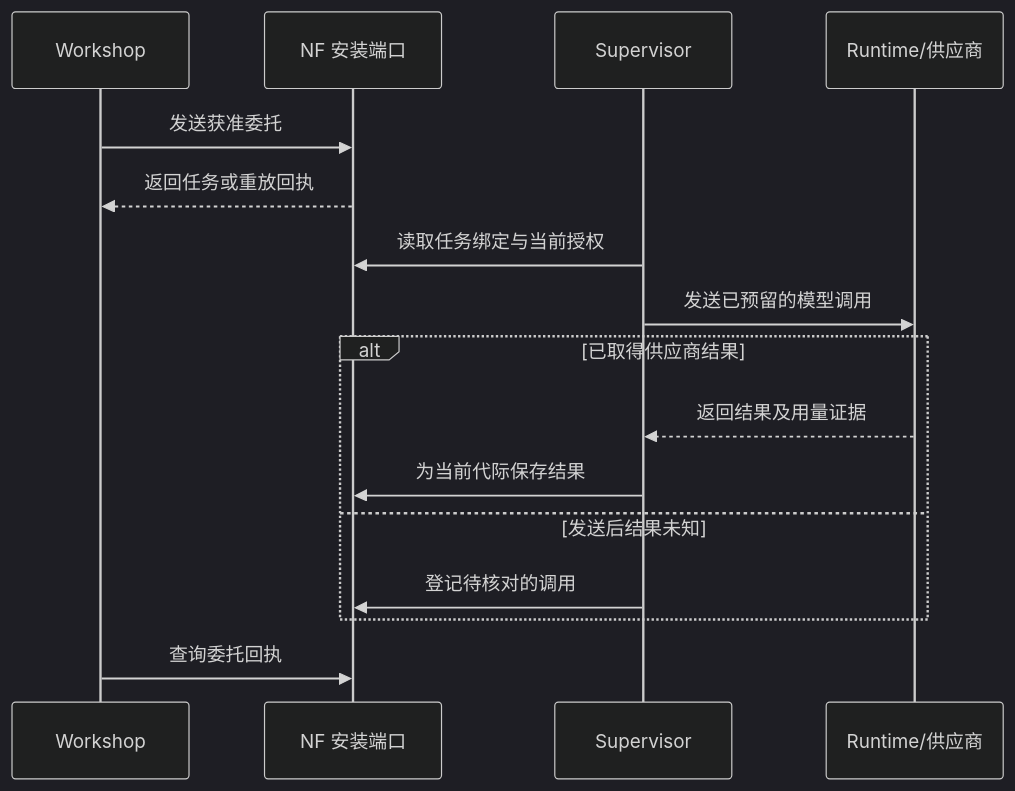
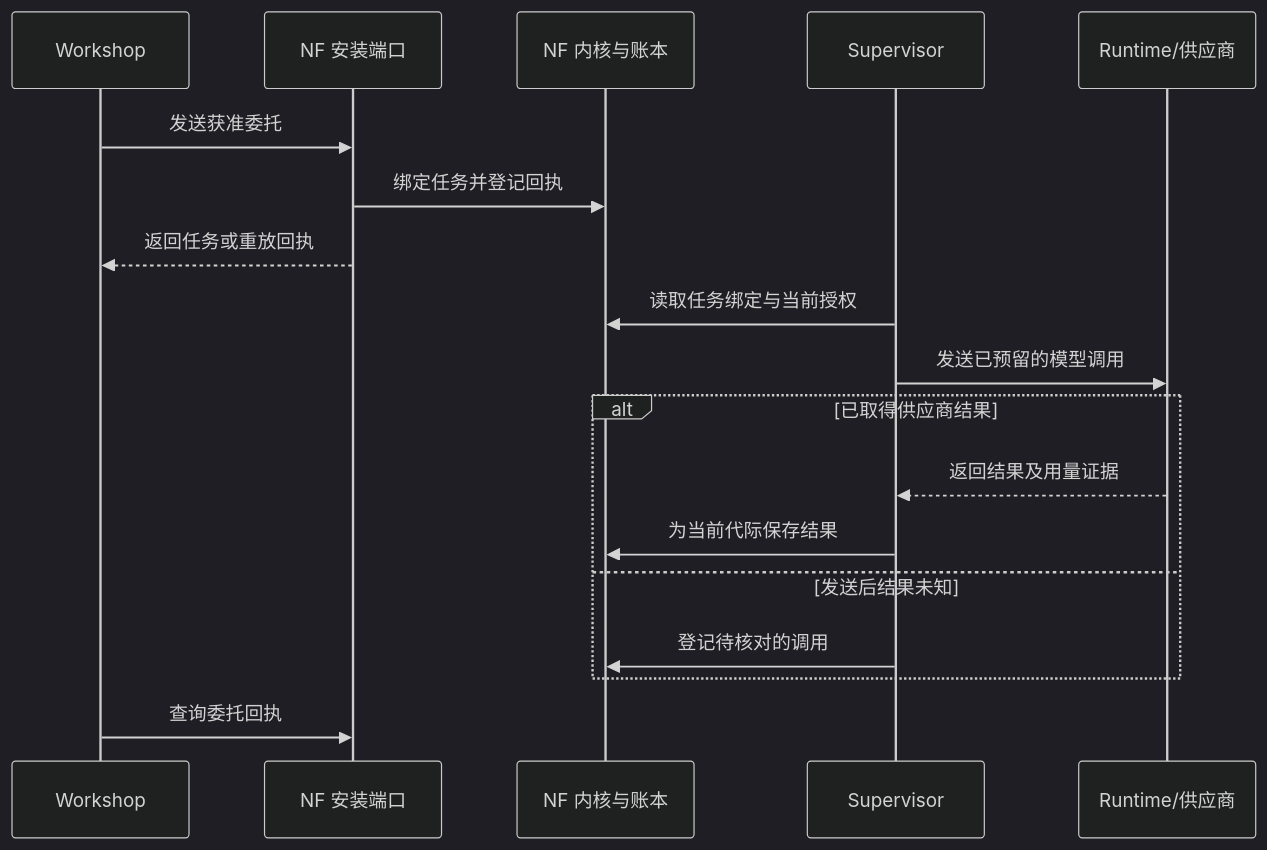
The second of 3 diagrams in docs/zh-CN/03-系统架构.md (SKYdayDUCK/NovelFactory), drawn with Mermaid (dark theme) before and after one commit. The commit also changed other lines of this file and 112 other files, not shown here.

````diff
--- a/docs/zh-CN/03-系统架构.md
+++ b/docs/zh-CN/03-系统架构.md
@@ -46,18 +46,20 @@
 ```mermaid
 sequenceDiagram
     participant W as Workshop
     participant N as NF 安装端口
+    participant K as NF 内核与账本
     participant S as Supervisor
     participant R as Runtime/供应商
     W->>N: 发送获准委托
+    N->>K: 绑定任务并登记回执
     N-->>W: 返回任务或重放回执
-    S->>N: 读取任务绑定与当前授权
+    S->>K: 读取任务绑定与当前授权
     S->>R: 发送已预留的模型调用
     alt 已取得供应商结果
         R-->>S: 返回结果及用量证据
-        S->>N: 为当前代际保存结果
+        S->>K: 为当前代际保存结果
     else 发送后结果未知
-        S->>N: 登记待核对的调用
+        S->>K: 登记待核对的调用
     end
     W->>N: 查询委托回执
 ```
````
